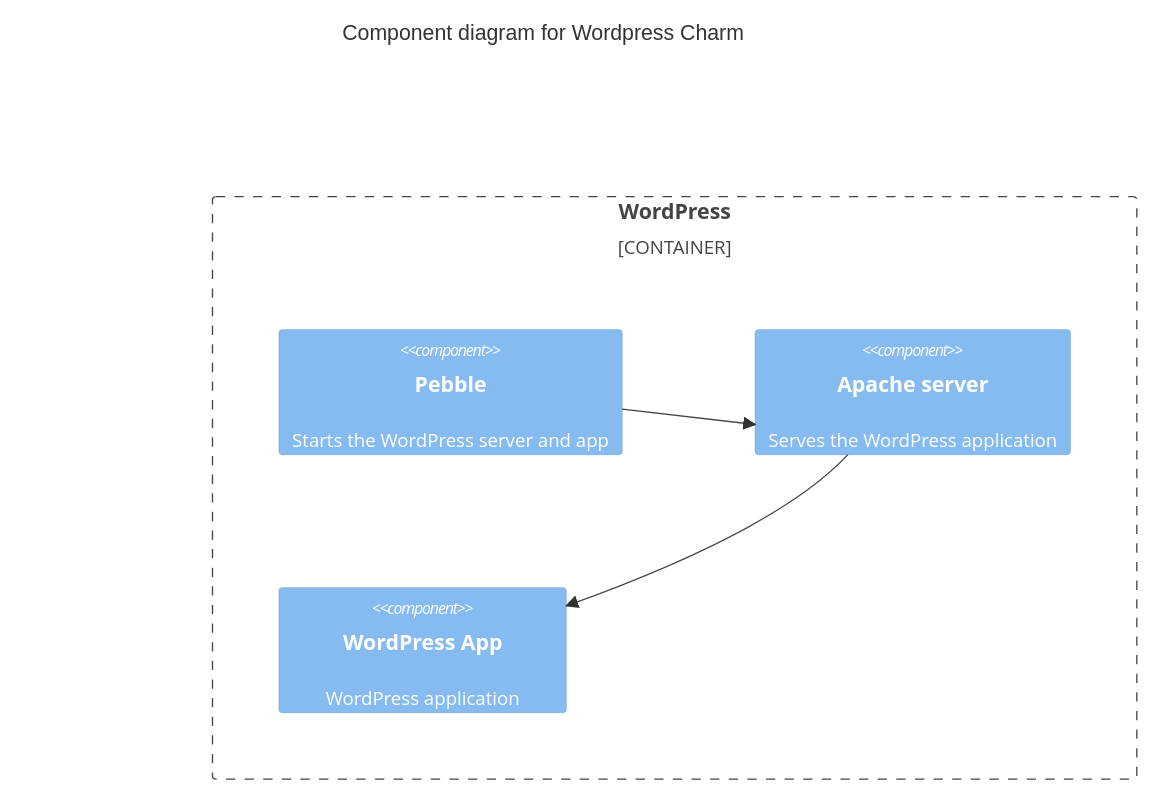
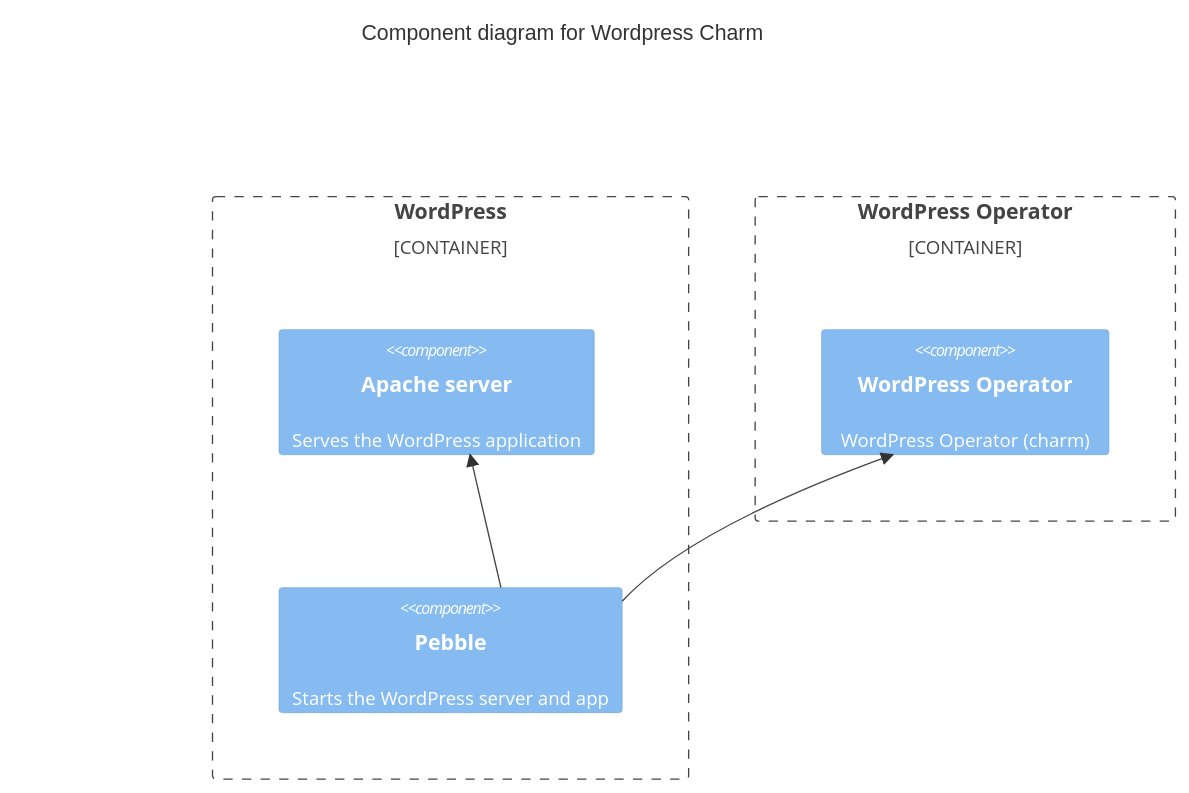
Before and after one commit to canonical/wordpress-k8s-operator: the diagram in docs/explanation/charm-architecture.md, drawn with Mermaid. The commit also changed 5 other files, not shown here.

First line of the commit message:
fix: charm architecture (#264)

````diff
--- a/docs/explanation/charm-architecture.md
+++ b/docs/explanation/charm-architecture.md
@@ -16,13 +16,17 @@
 ```mermaid
 C4Context
 title Component diagram for Wordpress Charm
 
 Container_Boundary(wordpress, "WordPress") {
+  Component(apache-server, "Apache server", "", "Serves the WordPress application")
   Component(pebble, "Pebble", "", "Starts the WordPress server and app")
-  Component(apache-server, "Apache server", "", "Serves the WordPress application")
-  Component(charm, "WordPress App", "", "WordPress application")
 
   Rel(pebble, apache-server, "")
-  Rel(apache-server, charm, "")
+}
+
+Container_Boundary(charm, "WordPress Operator") {
+  Component(charm, "WordPress Operator", "", "WordPress Operator (charm)")
+  
+  Rel(pebble, charm, "")
 }
 ```
````
